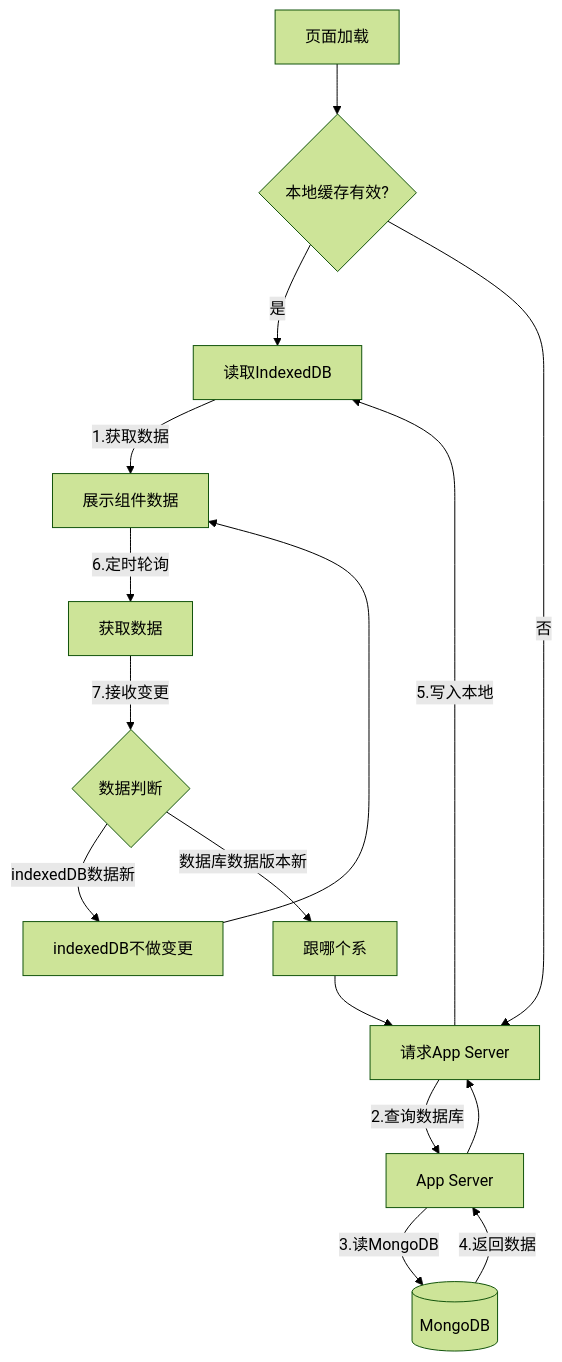
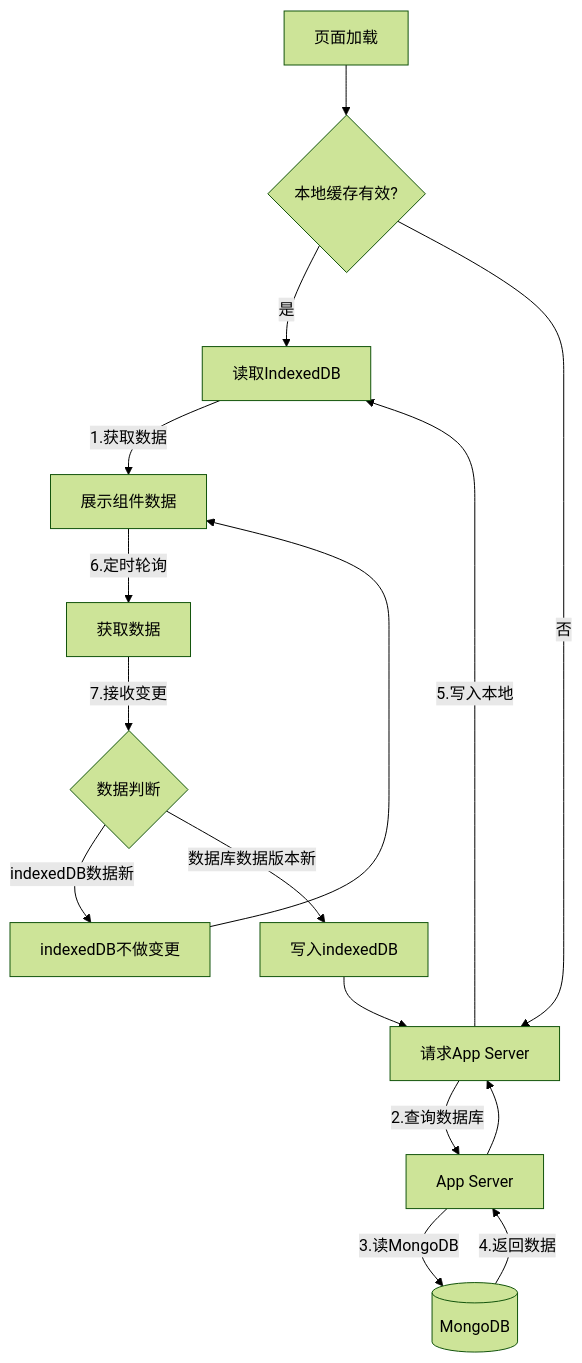
The diagram in all/未命名-21.md (yingjianzh/iodraw-files), drawn with Mermaid (forest theme) before and after one commit.

Commit message:
2025-02-18 11:35:14 update

````diff
--- a/all/未命名-21.md
+++ b/all/未命名-21.md
@@ -1,19 +1,19 @@
 ```mermaid
 
 graph TD
     A[页面加载] --> B{本地缓存有效?}
     B -->|是| C[读取IndexedDB]
     B -->|否| D[请求App Server]
     C -->|1.获取数据| E[展示组件数据]
     D -->|2.查询数据库| F[App Server]
     F -->|3.读MongoDB| G[(MongoDB)]
     G -->|4.返回数据| F --> D
     D -->|5.写入本地| C
     E -->|6.定时轮询| H[获取数据]
     H -->|7.接收变更| I{数据判断}
     I -->|indexedDB数据新| J[indexedDB不做变更]
-    I -->|数据库数据版本新| K[跟哪个系]
+    I -->|数据库数据版本新| K[写入indexedDB]
     J --> E
     K --> D
 
 ```
````
